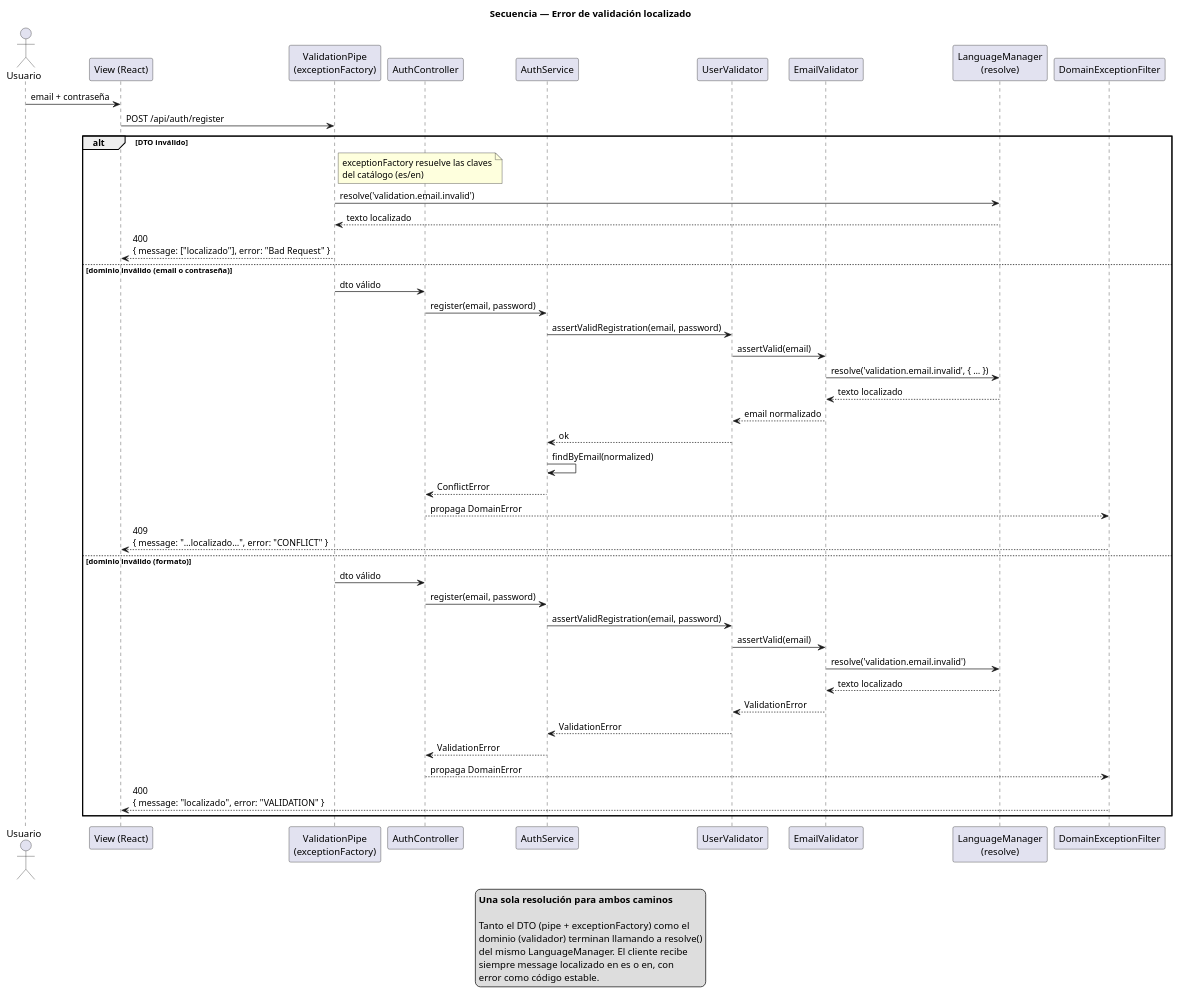
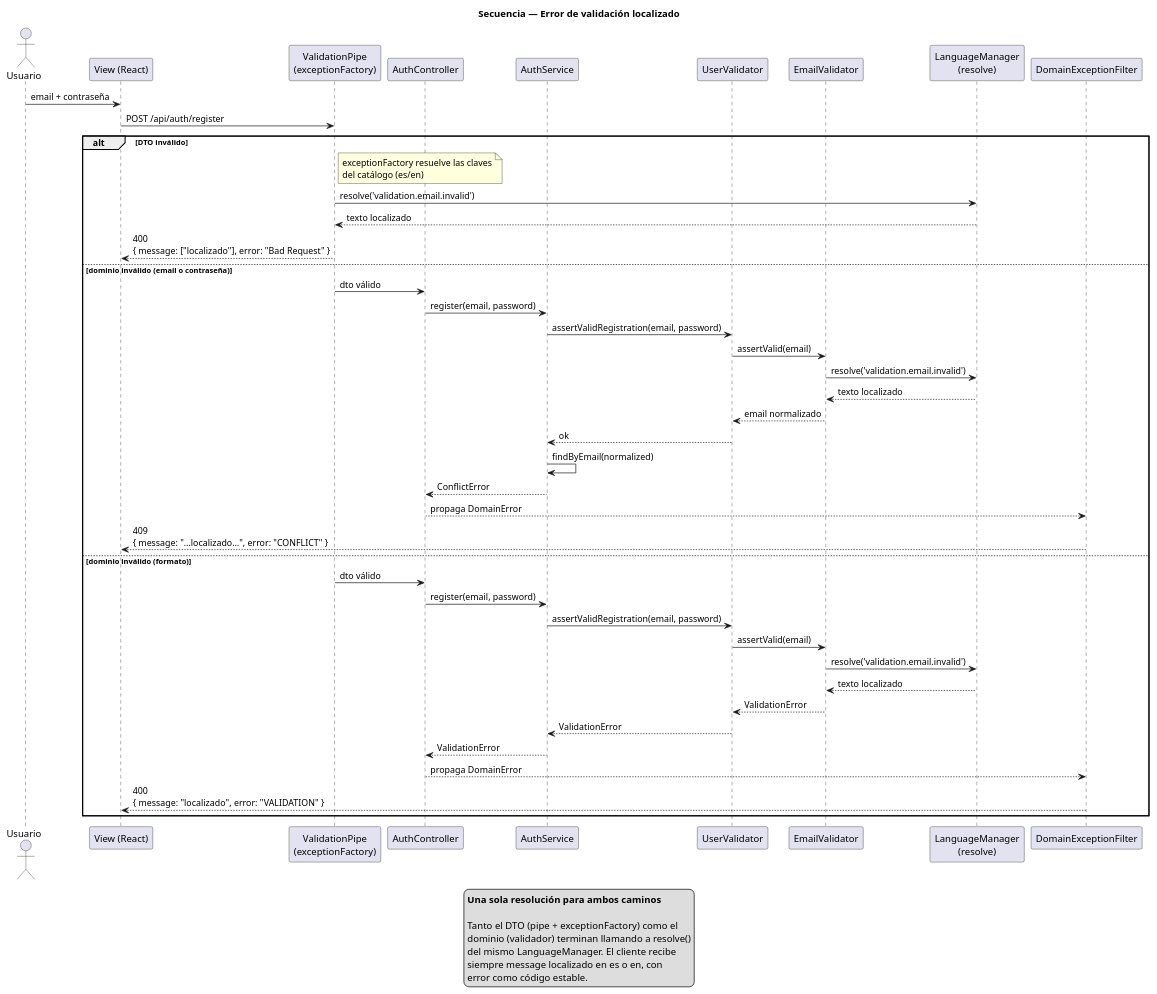
Before and after one commit to estebanmatias92/tecnicatura-practicas-profesionalizantes-ii: the diagram in 2026-10-13-laboratorio-validator-module/docs/diagrams/seq-validation-error.puml, drawn with PlantUML. The commit also changed 13 other files, not shown here.

```diff
--- a/2026-10-13-laboratorio-validator-module/docs/diagrams/seq-validation-error.puml
+++ b/2026-10-13-laboratorio-validator-module/docs/diagrams/seq-validation-error.puml
@@ -1,66 +1,66 @@
 @startuml
 title Secuencia — Error de validación localizado
 
 skinparam shadowing false
 
 actor Usuario
 participant "View (React)" as View
 participant "ValidationPipe\n(exceptionFactory)" as Pipe
 participant "AuthController" as Ctrl
 participant "AuthService" as Auth
 participant "UserValidator" as UVal
 participant "EmailValidator" as EVal
 participant "LanguageManager\n(resolve)" as LM
 participant "DomainExceptionFilter" as Filter
 
 Usuario -> View : email + contraseña
 View -> Pipe : POST /api/auth/register
 
 alt DTO inválido
   note right of Pipe
     exceptionFactory resuelve las claves
     del catálogo (es/en)
   end note
   Pipe -> LM : resolve('validation.email.invalid')
   LM --> Pipe : texto localizado
   Pipe --> View : 400\n{ message: ["localizado"], error: "Bad Request" }
 
 else dominio inválido (email o contraseña)
   Pipe -> Ctrl : dto válido
   Ctrl -> Auth : register(email, password)
   Auth -> UVal : assertValidRegistration(email, password)
   UVal -> EVal : assertValid(email)
-  EVal -> LM : resolve('validation.email.invalid', { … })
+  EVal -> LM : resolve('validation.email.invalid')
   LM --> EVal : texto localizado
   EVal --> UVal : email normalizado
   UVal --> Auth : ok
   Auth -> Auth : findByEmail(normalized)
   Auth --> Ctrl : ConflictError
   Ctrl --> Filter : propaga DomainError
   Filter --> View : 409\n{ message: "…localizado…", error: "CONFLICT" }
 
 else dominio inválido (formato)
   Pipe -> Ctrl : dto válido
   Ctrl -> Auth : register(email, password)
   Auth -> UVal : assertValidRegistration(email, password)
   UVal -> EVal : assertValid(email)
   EVal -> LM : resolve('validation.email.invalid')
   LM --> EVal : texto localizado
   EVal --> UVal : ValidationError
   UVal --> Auth : ValidationError
   Auth --> Ctrl : ValidationError
   Ctrl --> Filter : propaga DomainError
   Filter --> View : 400\n{ message: "localizado", error: "VALIDATION" }
 end
 
 legend bottom
   **Una sola resolución para ambos caminos**
 
   Tanto el DTO (pipe + exceptionFactory) como el
   dominio (validador) terminan llamando a resolve()
   del mismo LanguageManager. El cliente recibe
   siempre message localizado en es o en, con
   error como código estable.
 endlegend
 
 @enduml
```
